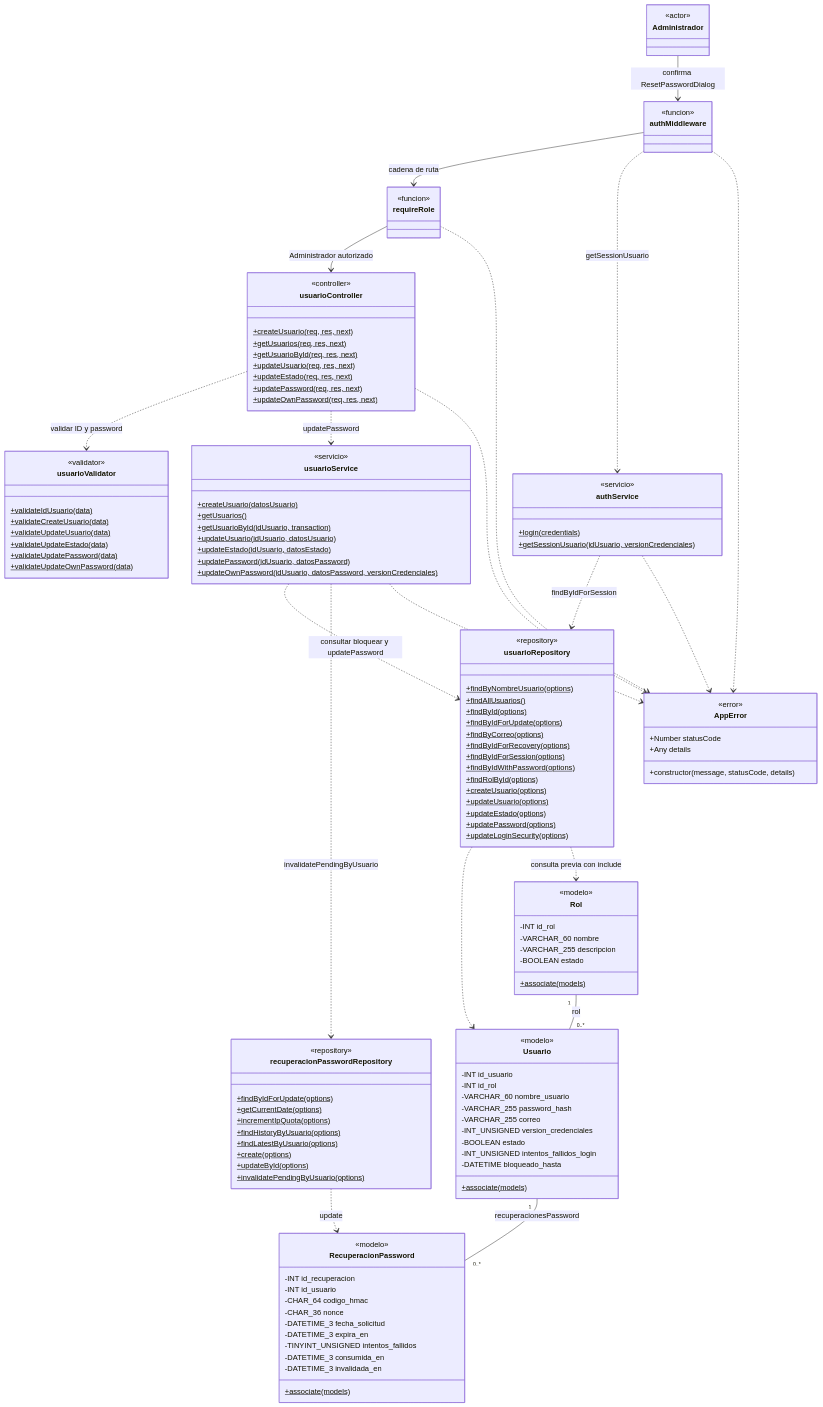
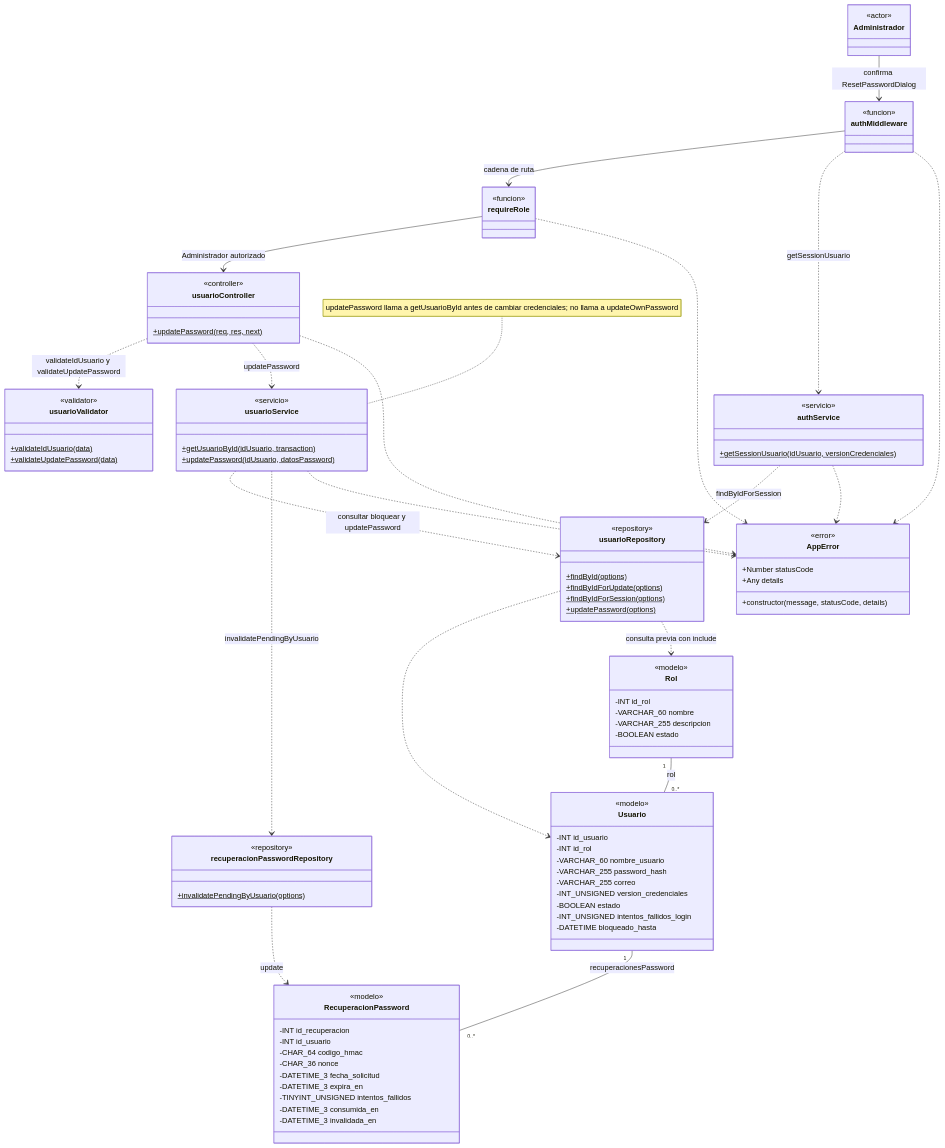
Before and after one commit to CreepyBowDev/cadefar-inventory-system: the ninth of 34 diagrams in docs/ai/analisis-clase.md, drawn with Mermaid. The commit also changed other lines of this file, not shown here.

````diff
--- a/docs/ai/analisis-clase.md
+++ b/docs/ai/analisis-clase.md
@@ -1086,64 +965,31 @@
     class requireRole { <<funcion>> }
     class usuarioController {
         <<controller>>
-        +createUsuario(req, res, next)$
-        +getUsuarios(req, res, next)$
-        +getUsuarioById(req, res, next)$
-        +updateUsuario(req, res, next)$
-        +updateEstado(req, res, next)$
         +updatePassword(req, res, next)$
-        +updateOwnPassword(req, res, next)$
     }
     class usuarioValidator {
         <<validator>>
         +validateIdUsuario(data)$
-        +validateCreateUsuario(data)$
-        +validateUpdateUsuario(data)$
-        +validateUpdateEstado(data)$
         +validateUpdatePassword(data)$
-        +validateUpdateOwnPassword(data)$
     }
     class usuarioService {
         <<servicio>>
-        +createUsuario(datosUsuario)$
-        +getUsuarios()$
         +getUsuarioById(idUsuario, transaction)$
-        +updateUsuario(idUsuario, datosUsuario)$
-        +updateEstado(idUsuario, datosEstado)$
         +updatePassword(idUsuario, datosPassword)$
-        +updateOwnPassword(idUsuario, datosPassword, versionCredenciales)$
     }
     class authService {
         <<servicio>>
-        +login(credentials)$
         +getSessionUsuario(idUsuario, versionCredenciales)$
     }
     class usuarioRepository {
         <<repository>>
-        +findByNombreUsuario(options)$
-        +findAllUsuarios()$
         +findById(options)$
         +findByIdForUpdate(options)$
-        +findByCorreo(options)$
-        +findByIdForRecovery(options)$
         +findByIdForSession(options)$
-        +findByIdWithPassword(options)$
-        +findRolById(options)$
-        +createUsuario(options)$
-        +updateUsuario(options)$
-        +updateEstado(options)$
         +updatePassword(options)$
-        +updateLoginSecurity(options)$
     }
     class recuperacionPasswordRepository {
         <<repository>>
-        +findByIdForUpdate(options)$
-        +getCurrentDate(options)$
-        +incrementIpQuota(options)$
-        +findHistoryByUsuario(options)$
-        +findLatestByUsuario(options)$
-        +create(options)$
-        +updateById(options)$
         +invalidatePendingByUsuario(options)$
     }
     class Usuario {
@@ -1157,7 +1003,6 @@
         -BOOLEAN estado
         -INT_UNSIGNED intentos_fallidos_login
         -DATETIME bloqueado_hasta
-        +associate(models)$
     }
     class Rol {
         <<modelo>>
@@ -1165,7 +1010,6 @@
         -VARCHAR_60 nombre
         -VARCHAR_255 descripcion
         -BOOLEAN estado
-        +associate(models)$
     }
     class RecuperacionPassword {
         <<modelo>>
@@ -1178,7 +1022,6 @@
         -TINYINT_UNSIGNED intentos_fallidos
         -DATETIME_3 consumida_en
         -DATETIME_3 invalidada_en
-        +associate(models)$
     }
     class AppError {
         <<error>>
@@ -1194,7 +1037,7 @@
     requireRole ..> AppError
     authService ..> usuarioRepository : findByIdForSession
     authService ..> AppError
-    usuarioController ..> usuarioValidator : validar ID y password
+    usuarioController ..> usuarioValidator : validateIdUsuario y validateUpdatePassword
     usuarioController ..> usuarioService : updatePassword
     usuarioController ..> AppError
     usuarioService ..> usuarioRepository : consultar bloquear y updatePassword
@@ -1205,4 +1048,5 @@
     recuperacionPasswordRepository ..> RecuperacionPassword : update
     Rol "1" -- "0..*" Usuario : rol
     Usuario "1" -- "0..*" RecuperacionPassword : recuperacionesPassword
+    note for usuarioService "updatePassword llama a getUsuarioById antes de cambiar credenciales; no llama a updateOwnPassword"
 ```
````
